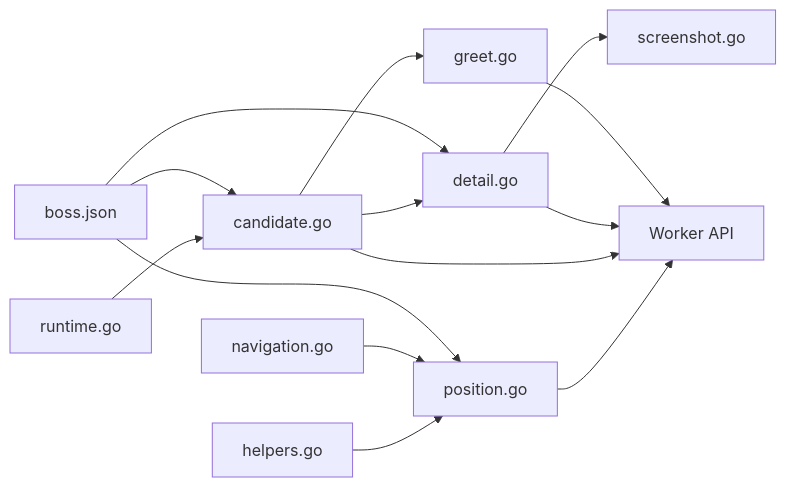
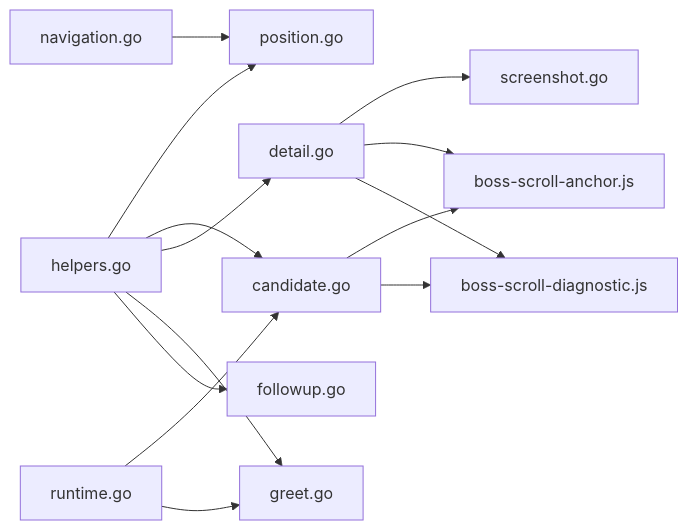
One commit to alvinwangzi/goodhr changed the eighth of 8 diagrams in .qoder/repowiki/zh/content/本地执行器/平台适配器/Boss直聘适配器/Boss直聘适配器.md. Above: the diagram before and after it, drawn with Mermaid. The commit also changed other lines of this file and 149 other files, not shown here.

````diff
--- a/.qoder/repowiki/zh/content/本地执行器/平台适配器/Boss直聘适配器/Boss直聘适配器.md
+++ b/.qoder/repowiki/zh/content/本地执行器/平台适配器/Boss直聘适配器/Boss直聘适配器.md
@@ -361,16 +345,16 @@
 ```mermaid
 graph LR
 H["helpers.go"] --> P["position.go"]
+H --> C["candidate.go"]
+H --> D["detail.go"]
+H --> G["greet.go"]
+H --> F["followup.go"]
+R["runtime.go"] --> C
+R --> G
 N["navigation.go"] --> P
-R["runtime.go"] --> C["candidate.go"]
-C --> D["detail.go"]
-C --> G["greet.go"]
 D --> S["screenshot.go"]
-P --> W["Worker API"]
-C --> W
-D --> W
-G --> W
-CFG["boss.json"] --> P
-CFG --> C
-CFG --> D
+C --> A["boss-scroll-anchor.js"]
+C --> B["boss-scroll-diagnostic.js"]
+D --> A
+D --> B
 ```
````
